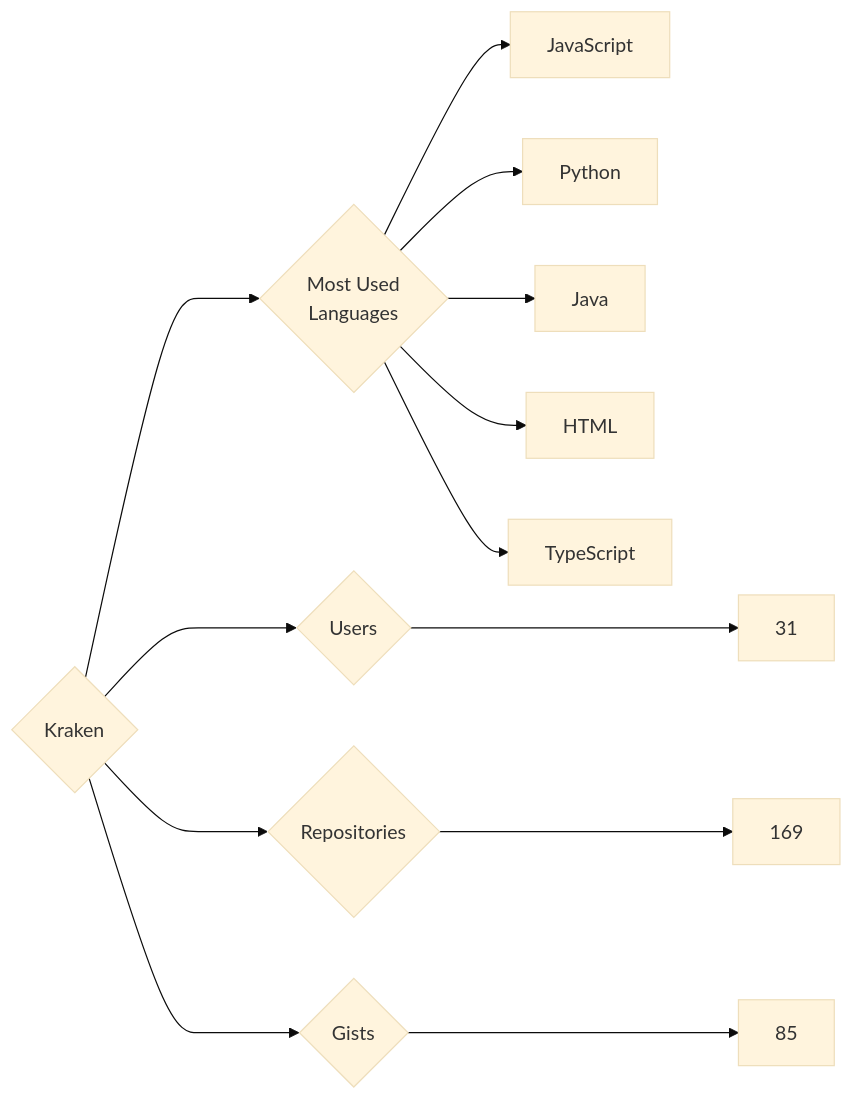
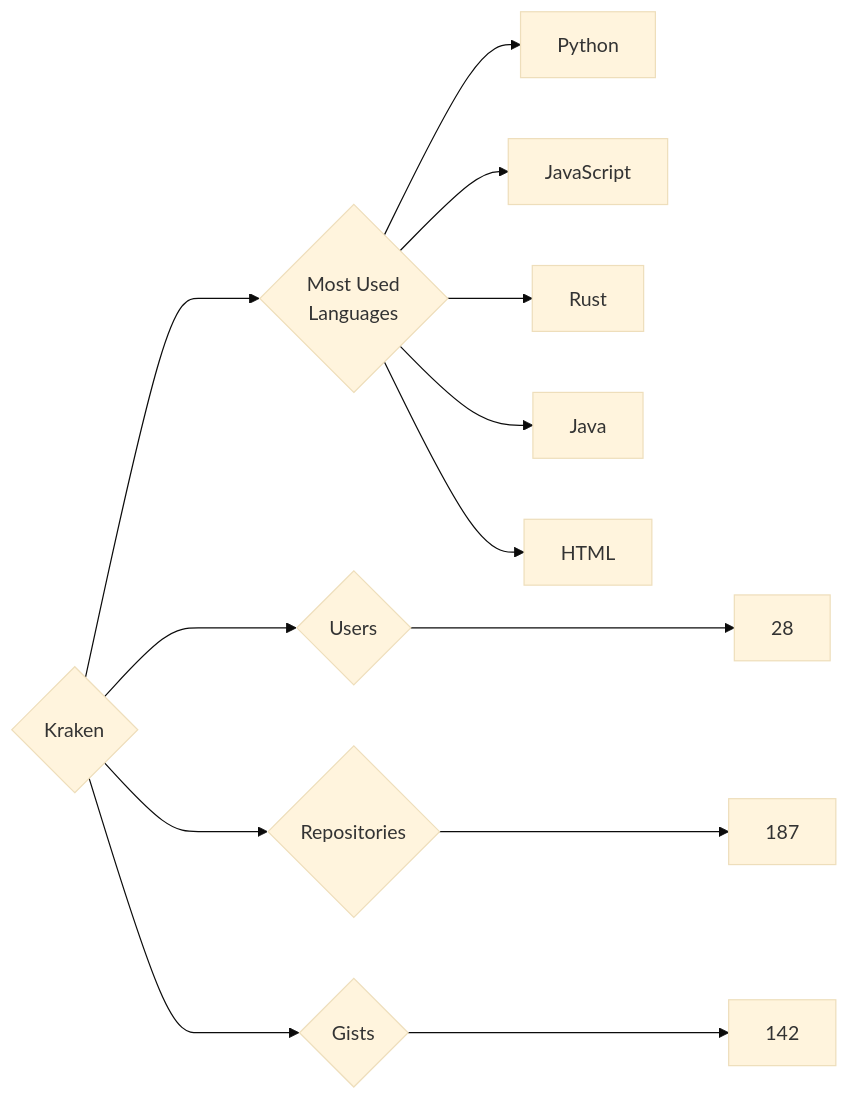
Before and after one commit to trickest/insiders: the diagram in targets/Kraken/README.md, drawn with Mermaid (base theme). The commit also changed 750 other files, not shown here.

````diff
--- a/targets/Kraken/README.md
+++ b/targets/Kraken/README.md
@@ -3,13 +3,13 @@
 ```mermaid
 graph LR
 COMPANY_NAME{Kraken}
-COMPANY_NAME ---> U{Users} ---> UN[31]
-COMPANY_NAME ---> R{Repositories} ---> RN[169]
-COMPANY_NAME ---> G{Gists} ---> GN[85]
+COMPANY_NAME ---> U{Users} ---> UN[28]
+COMPANY_NAME ---> R{Repositories} ---> RN[187]
+COMPANY_NAME ---> G{Gists} ---> GN[142]
 COMPANY_NAME ---> ML{Most Used<br>Languages}
+ML --> Python[Python]
 ML --> JavaScript[JavaScript]
-ML --> Python[Python]
+ML --> Rust[Rust]
 ML --> Java[Java]
 ML --> HTML[HTML]
-ML --> TypeScript[TypeScript]
 ```
````
